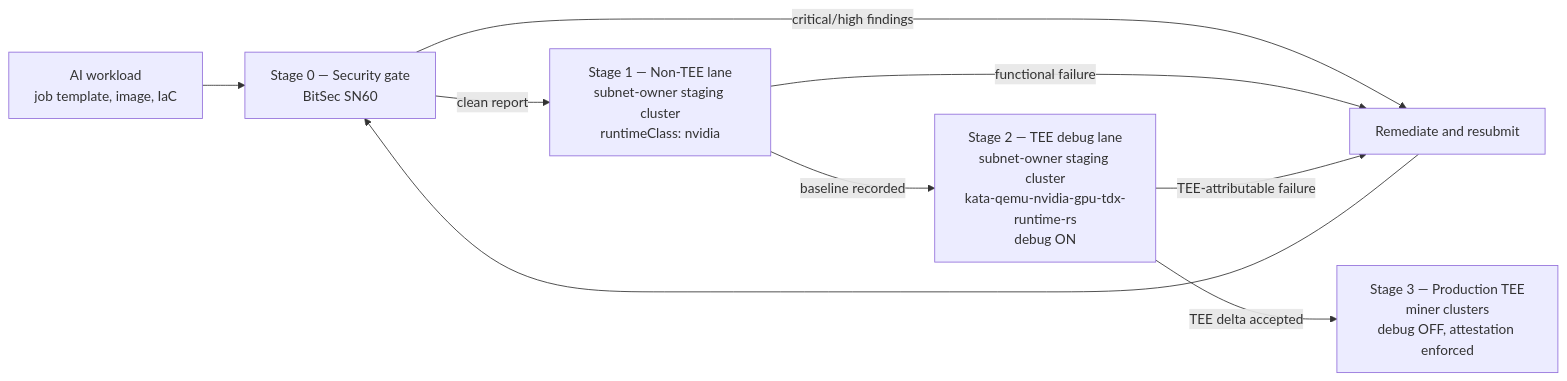
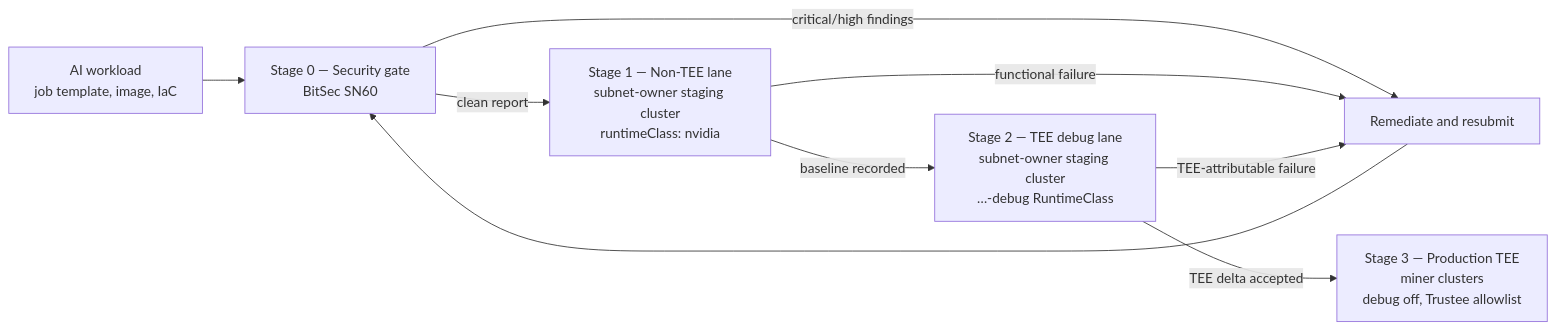
The first of 3 diagrams in README.md (KubeTEE-AI/kubetee-subnet), drawn with Mermaid before and after one commit. The commit also changed other lines of this file and 3 other files, not shown here.

First line of the commit message:
docs(subnet): grey-cloud LiteLLM TEE, production RuntimeClasses, Trustee

````diff
--- a/README.md
+++ b/README.md
@@ -191,18 +191,18 @@
 ```mermaid
 flowchart LR
     WL["AI workload<br/>job template, image, IaC"]
     S0["Stage 0 — Security gate<br/>BitSec SN60"]
     S1["Stage 1 — Non-TEE lane<br/>subnet-owner staging cluster<br/>runtimeClass: nvidia"]
-    S2["Stage 2 — TEE debug lane<br/>subnet-owner staging cluster<br/>kata-qemu-nvidia-gpu-tdx-runtime-rs<br/>debug ON"]
-    S3["Stage 3 — Production TEE<br/>miner clusters<br/>debug OFF, attestation enforced"]
+    S2["Stage 2 — TEE debug lane<br/>subnet-owner staging cluster<br/>…-debug RuntimeClass"]
+    S3["Stage 3 — Production TEE<br/>miner clusters<br/>debug off, Trustee allowlist"]
     Fix["Remediate and resubmit"]
 
     WL --> S0
     S0 -->|"critical/high findings"| Fix
     S1 -->|"functional failure"| Fix
     S2 -->|"TEE-attributable failure"| Fix
     Fix --> S0
     S0 -->|"clean report"| S1
     S1 -->|"baseline recorded"| S2
     S2 -->|"TEE delta accepted"| S3
 ```
````
